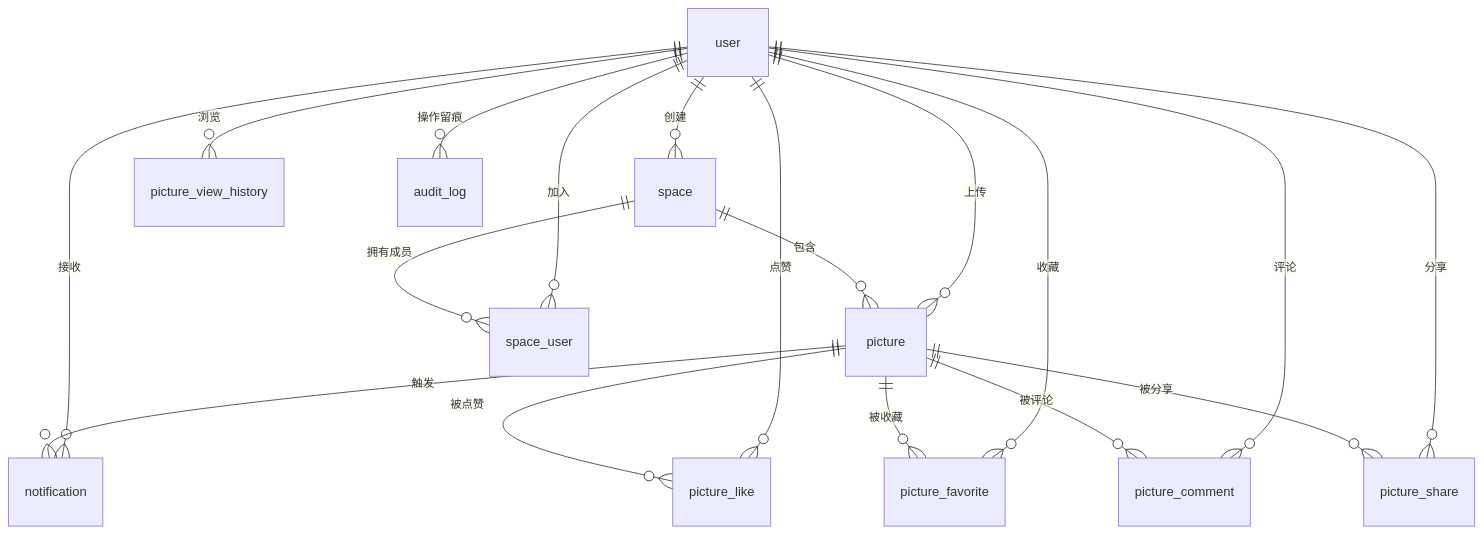
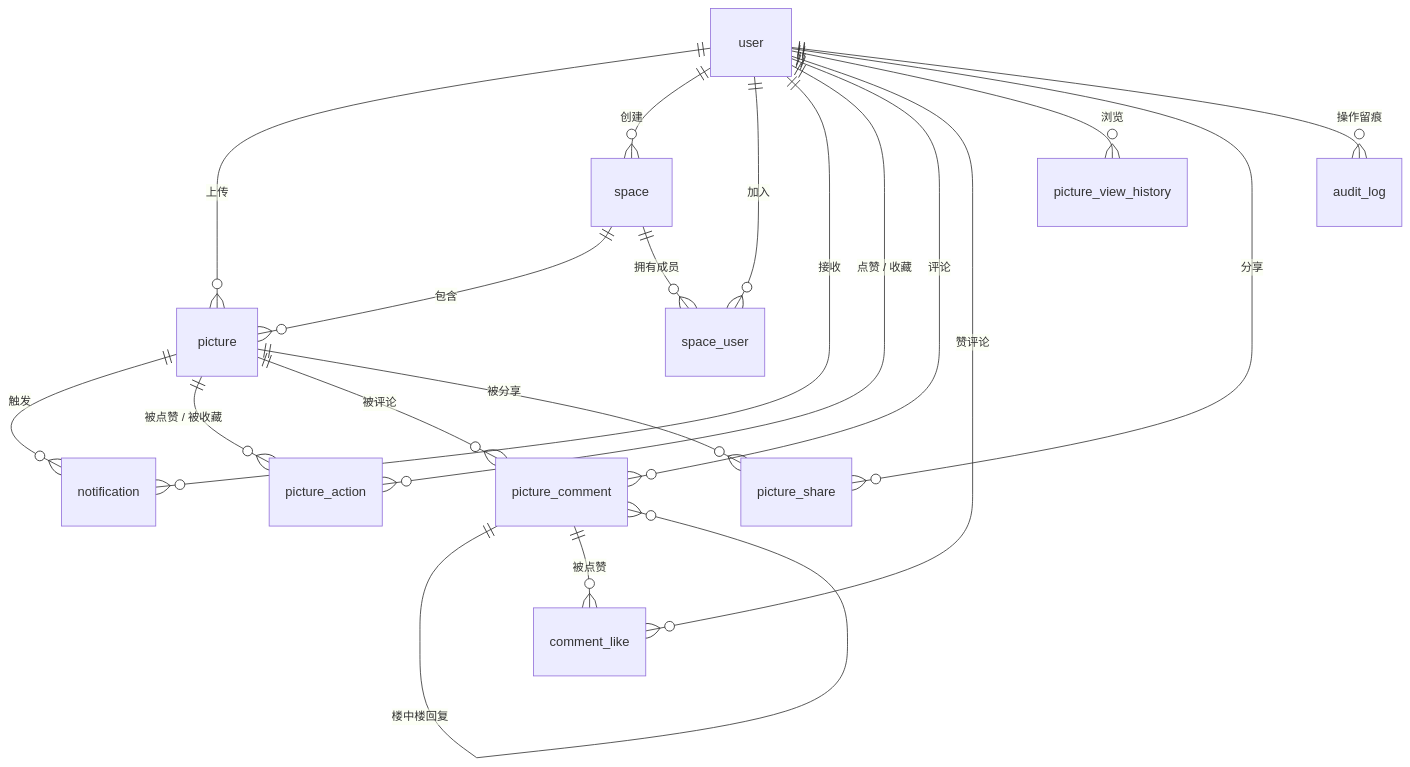
Before and after one commit to HeJiaxin-bot/visu-picture: the second of 2 diagrams in README.md, drawn with Mermaid. The commit also changed other lines of this file and 12 other files, not shown here.

````diff
--- a/README.md
+++ b/README.md
@@ -129,20 +129,21 @@
 ```mermaid
 erDiagram
     user ||--o{ picture : "上传"
     user ||--o{ space : "创建"
     user ||--o{ space_user : "加入"
     user ||--o{ notification : "接收"
-    user ||--o{ picture_like : "点赞"
-    user ||--o{ picture_favorite : "收藏"
+    user ||--o{ picture_action : "点赞 / 收藏"
     user ||--o{ picture_comment : "评论"
+    user ||--o{ comment_like : "赞评论"
     user ||--o{ picture_view_history : "浏览"
     user ||--o{ picture_share : "分享"
     user ||--o{ audit_log : "操作留痕"
     space ||--o{ picture : "包含"
     space ||--o{ space_user : "拥有成员"
     picture ||--o{ notification : "触发"
-    picture ||--o{ picture_like : "被点赞"
-    picture ||--o{ picture_favorite : "被收藏"
+    picture ||--o{ picture_action : "被点赞 / 被收藏"
     picture ||--o{ picture_comment : "被评论"
     picture ||--o{ picture_share : "被分享"
+    picture_comment ||--o{ picture_comment : "楼中楼回复"
+    picture_comment ||--o{ comment_like : "被点赞"
 ```
````
